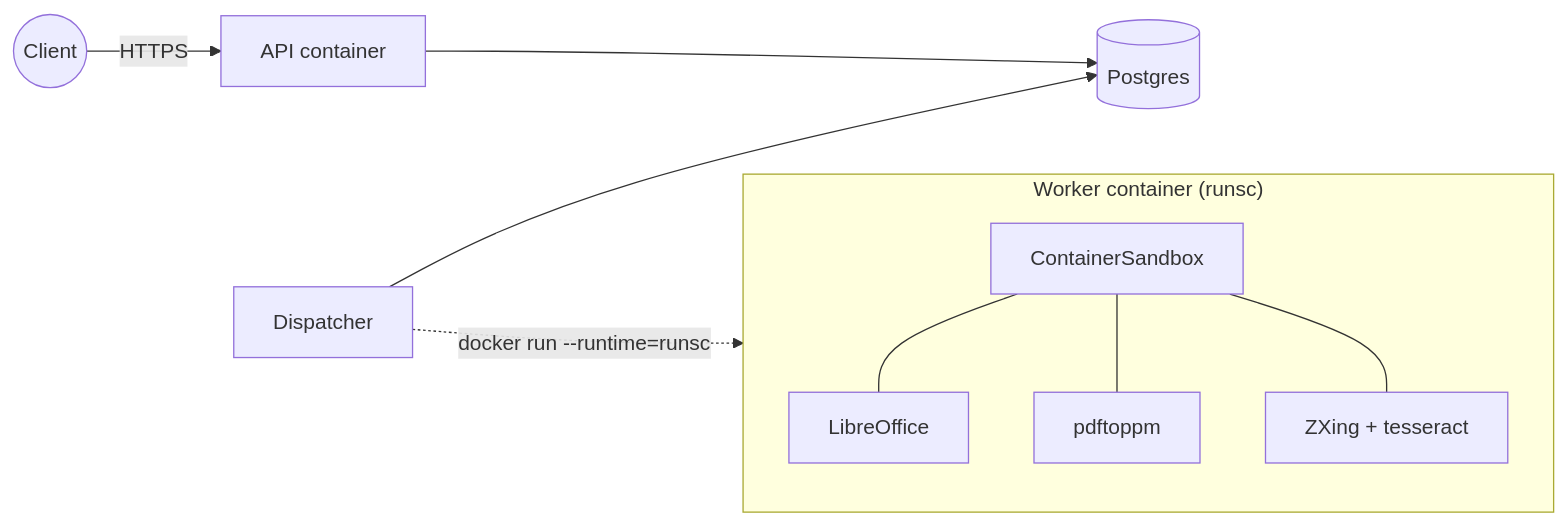
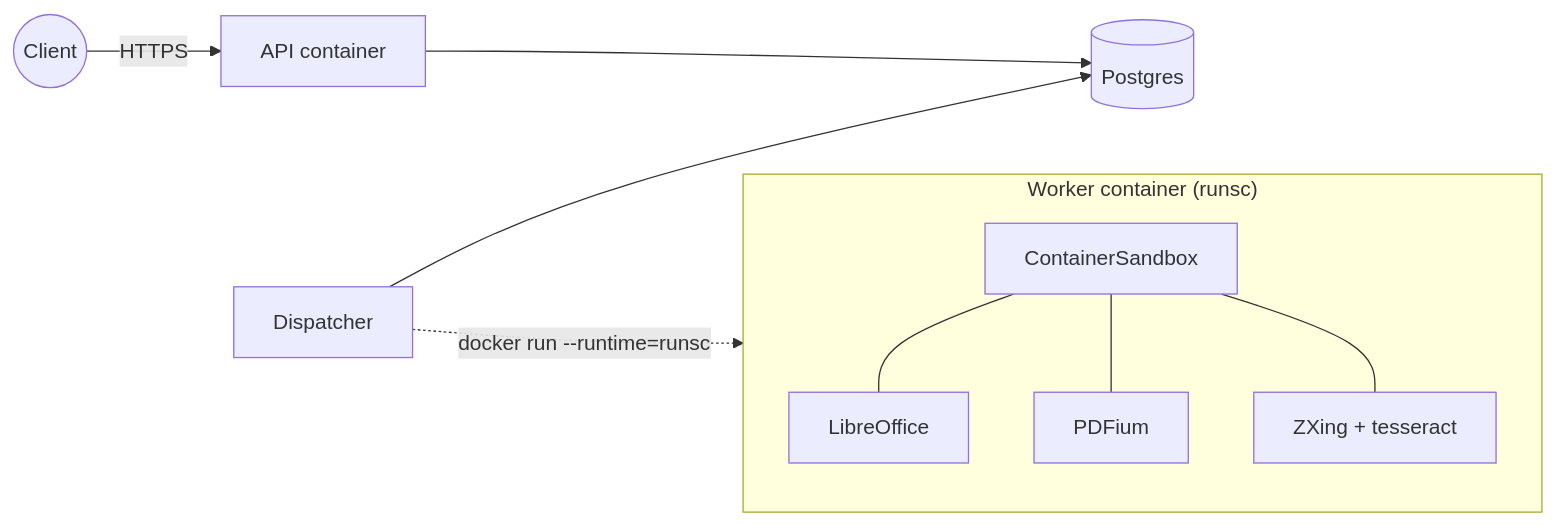
The first of 4 diagrams in README.md (wmetcalf/clippyshot), drawn with Mermaid before and after one commit. The commit also changed other lines of this file and 17 other files, not shown here.

````diff
--- a/README.md
+++ b/README.md
@@ -171,17 +172,17 @@
 ```mermaid
 flowchart LR
     client((Client))
     api[API container]
     disp[Dispatcher]
     pg[(Postgres)]
     subgraph worker["Worker container (runsc)"]
         cs[ContainerSandbox]
         cs --- soff[LibreOffice]
-        cs --- rast[pdftoppm]
+        cs --- rast[PDFium]
         cs --- scan[ZXing + tesseract]
     end
     client -->|HTTPS| api
     api --> pg
     disp --> pg
     disp -.->|docker run --runtime=runsc| worker
 ```
````
